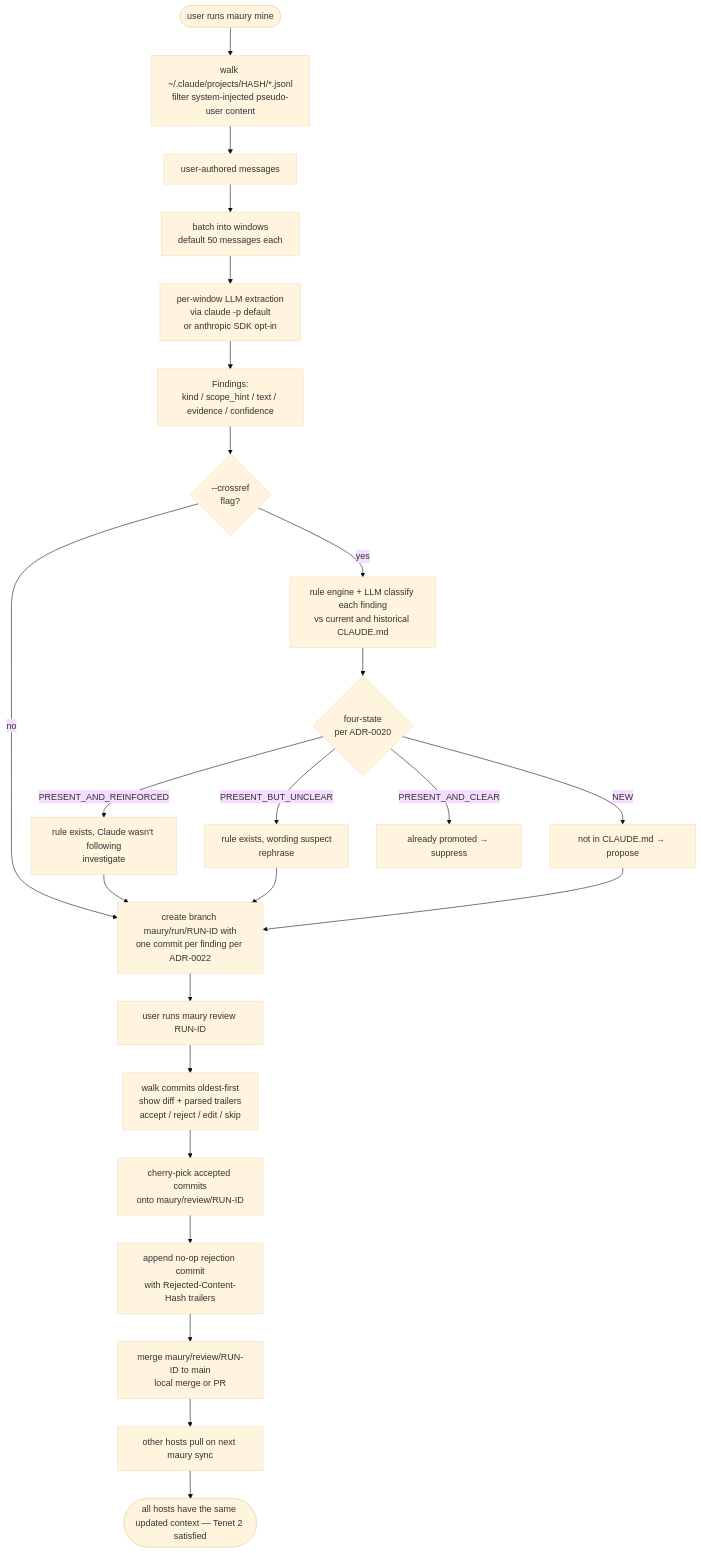
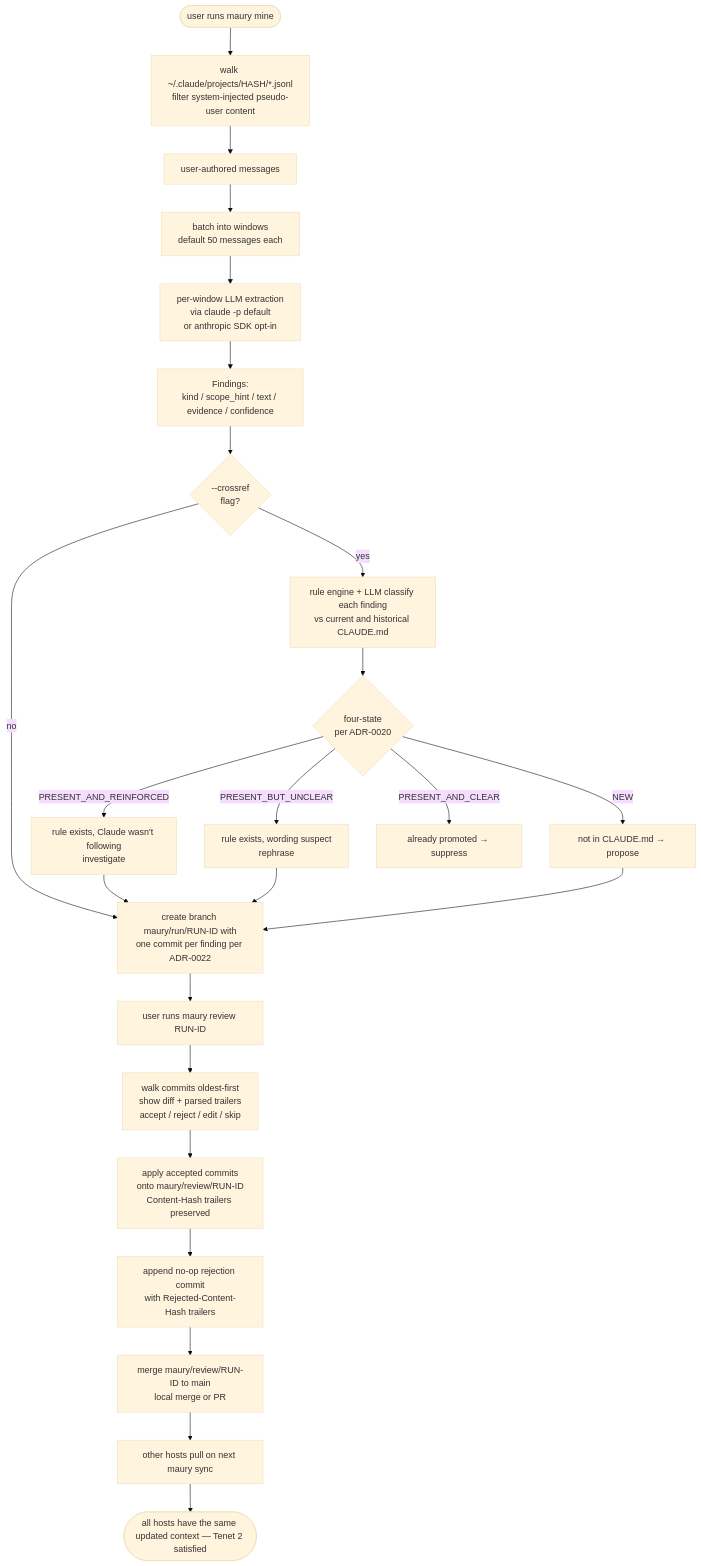
The third of 4 diagrams in docs/workflow.md (csmarshall/maury), drawn with Mermaid (base theme) before and after one commit. The commit also changed other lines of this file and 3 other files, not shown here.

First line of the commit message:
docs: record maury review/rebase-run shipped (ADR-0022 Phase 7 slice 5)

````diff
--- a/docs/workflow.md
+++ b/docs/workflow.md
@@ -92,26 +92,26 @@
 ```mermaid
 flowchart TD
     Start([user runs maury mine]) --> Walk[walk ~/.claude/projects/HASH/*.jsonl<br/>filter system-injected pseudo-user content]
     Walk --> Auth[user-authored messages]
     Auth --> Batch[batch into windows<br/>default 50 messages each]
     Batch --> Extract[per-window LLM extraction<br/>via claude -p default<br/>or anthropic SDK opt-in]
     Extract --> Findings[Findings:<br/>kind / scope_hint / text / evidence / confidence]
     Findings --> CR{--crossref<br/>flag?}
     CR -->|no| Branch
     CR -->|yes| Classify[rule engine + LLM classify each finding<br/>vs current and historical CLAUDE.md]
     Classify --> Buckets{four-state<br/>per ADR-0020}
     Buckets -->|PRESENT_AND_REINFORCED| Investigate[rule exists, Claude wasn't following<br/>investigate]
     Buckets -->|PRESENT_BUT_UNCLEAR| Rephrase[rule exists, wording suspect<br/>rephrase]
     Buckets -->|NEW| Propose[not in CLAUDE.md → propose]
     Buckets -->|PRESENT_AND_CLEAR| Suppress[already promoted → suppress]
     Investigate --> Branch
     Rephrase --> Branch
     Propose --> Branch
     Branch[create branch maury/run/RUN-ID with<br/>one commit per finding per ADR-0022] --> Review[user runs maury review RUN-ID]
     Review --> Walk2[walk commits oldest-first<br/>show diff + parsed trailers<br/>accept / reject / edit / skip]
-    Walk2 --> Cherry[cherry-pick accepted commits<br/>onto maury/review/RUN-ID]
+    Walk2 --> Cherry[apply accepted commits<br/>onto maury/review/RUN-ID<br/>Content-Hash trailers preserved]
     Cherry --> RejCommit[append no-op rejection commit<br/>with Rejected-Content-Hash trailers]
     RejCommit --> Merge[merge maury/review/RUN-ID to main<br/>local merge or PR]
     Merge --> Sync[other hosts pull on next maury sync]
     Sync --> Done([all hosts have the same updated context — Tenet 2 satisfied])
 ```
````
